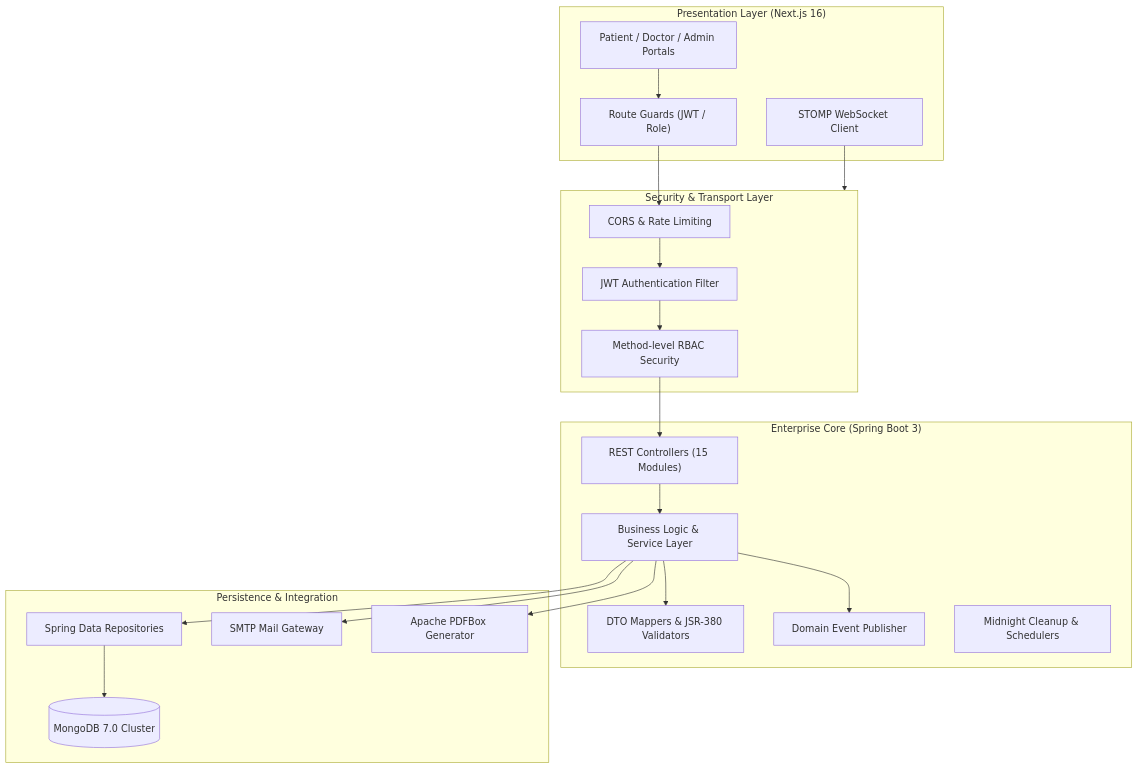
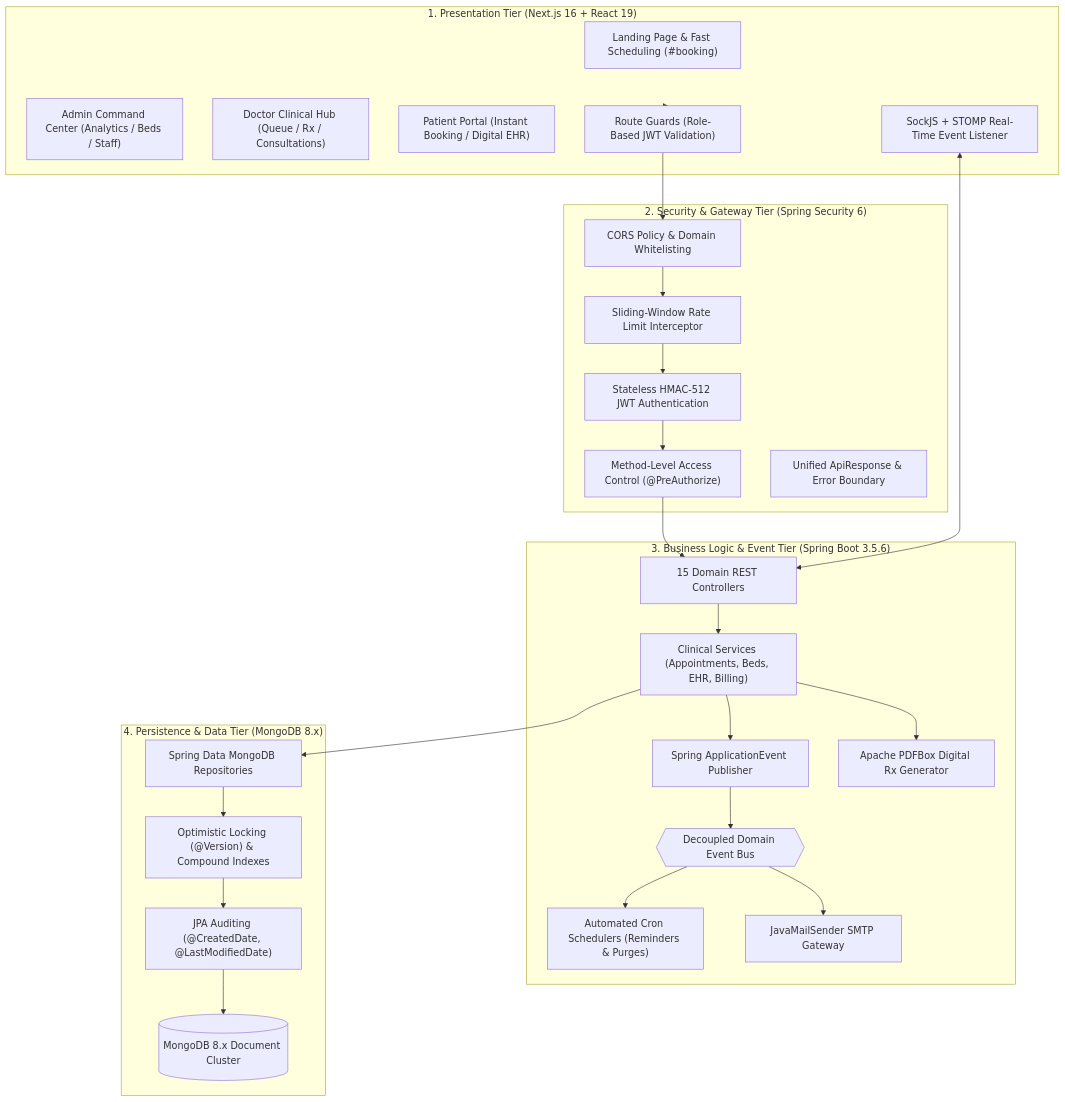
Before and after one commit to januka-karunakaran/PulseCare: the diagram in README.md, drawn with Mermaid. The commit also changed other lines of this file, not shown here.

Commit message:
docs: comprehensive enterprise README with architecture diagram, portals guide, and demo credentials

````diff
--- a/README.md
+++ b/README.md
@@ -17,38 +24,45 @@
 ```mermaid
 flowchart TD
-    subgraph Client["Presentation Layer (Next.js 16)"]
-        UI["Patient / Doctor / Admin Portals"]
-        RT["STOMP WebSocket Client"]
-        AuthGuard["Route Guards (JWT / Role)"]
+    subgraph Presentation["1. Presentation Tier (Next.js 16 + React 19)"]
+        Landing["Landing Page & Fast Scheduling (#booking)"]
+        AdminPortal["Admin Command Center (Analytics / Beds / Staff)"]
+        DoctorPortal["Doctor Clinical Hub (Queue / Rx / Consultations)"]
+        PatientPortal["Patient Portal (Instant Booking / Digital EHR)"]
+        AuthGuards["Route Guards (Role-Based JWT Validation)"]
+        WebSocketClient["SockJS + STOMP Real-Time Event Listener"]
     end
 
-    subgraph Gateway["Security & Transport Layer"]
-        CORS["CORS & Rate Limiting"]
-        JwtFilter["JWT Authentication Filter"]
-        RBAC["Method-level RBAC Security"]
+    subgraph SecurityGateway["2. Security & Gateway Tier (Spring Security 6)"]
+        CORSFilter["CORS Policy & Domain Whitelisting"]
+        RateLimiter["Sliding-Window Rate Limit Interceptor"]
+        JwtFilter["Stateless HMAC-512 JWT Authentication"]
+        RBAC["Method-Level Access Control (@PreAuthorize)"]
+        GlobalErrors["Unified ApiResponse<T> & Error Boundary"]
     end
 
-    subgraph Core["Enterprise Core (Spring Boot 3)"]
-        Controllers["REST Controllers (15 Modules)"]
-        Services["Business Logic & Service Layer"]
-        Mappers["DTO Mappers & JSR-380 Validators"]
-        Events["Domain Event Publisher"]
-        Schedulers["Midnight Cleanup & Schedulers"]
+    subgraph DomainCore["3. Business Logic & Event Tier (Spring Boot 3.5.6)"]
+        Controllers["15 Domain REST Controllers"]
+        ClinicalServices["Clinical Services (Appointments, Beds, EHR, Billing)"]
+        EventPublisher["Spring ApplicationEvent Publisher"]
+        EventBus{{"Decoupled Domain Event Bus"}}
+        Schedulers["Automated Cron Schedulers (Reminders & Purges)"]
+        PDFEngine["Apache PDFBox Digital Rx Generator"]
+        MailGateway["JavaMailSender SMTP Gateway"]
     end
 
-    subgraph Data["Persistence & Integration"]
-        MongoRepo["Spring Data Repositories"]
-        MongoDB[("MongoDB 7.0 Cluster")]
-        MailSender["SMTP Mail Gateway"]
-        PDFGen["Apache PDFBox Generator"]
+    subgraph Persistence["4. Persistence & Data Tier (MongoDB 8.x)"]
+        MongoRepositories["Spring Data MongoDB Repositories"]
+        Database[("MongoDB 8.x Document Cluster")]
+        Auditing["JPA Auditing (@CreatedDate, @LastModifiedDate)"]
+        Concurrency["Optimistic Locking (@Version) & Compound Indexes"]
     end
 
-    UI --> AuthGuard --> CORS --> JwtFilter --> RBAC --> Controllers
-    RT --> Gateway
-    Controllers --> Services
-    Services --> Mappers
-    Services --> Events
-    Services --> MongoRepo --> MongoDB
-    Services --> MailSender
-    Services --> PDFGen
+    Presentation --> AuthGuards --> CORSFilter --> RateLimiter --> JwtFilter --> RBAC --> Controllers
+    WebSocketClient <--> Controllers
+    Controllers --> ClinicalServices
+    ClinicalServices --> EventPublisher --> EventBus
+    EventBus --> Schedulers
+    EventBus --> MailGateway
+    ClinicalServices --> PDFEngine
+    ClinicalServices --> MongoRepositories --> Concurrency --> Auditing --> Database
 ```
````
